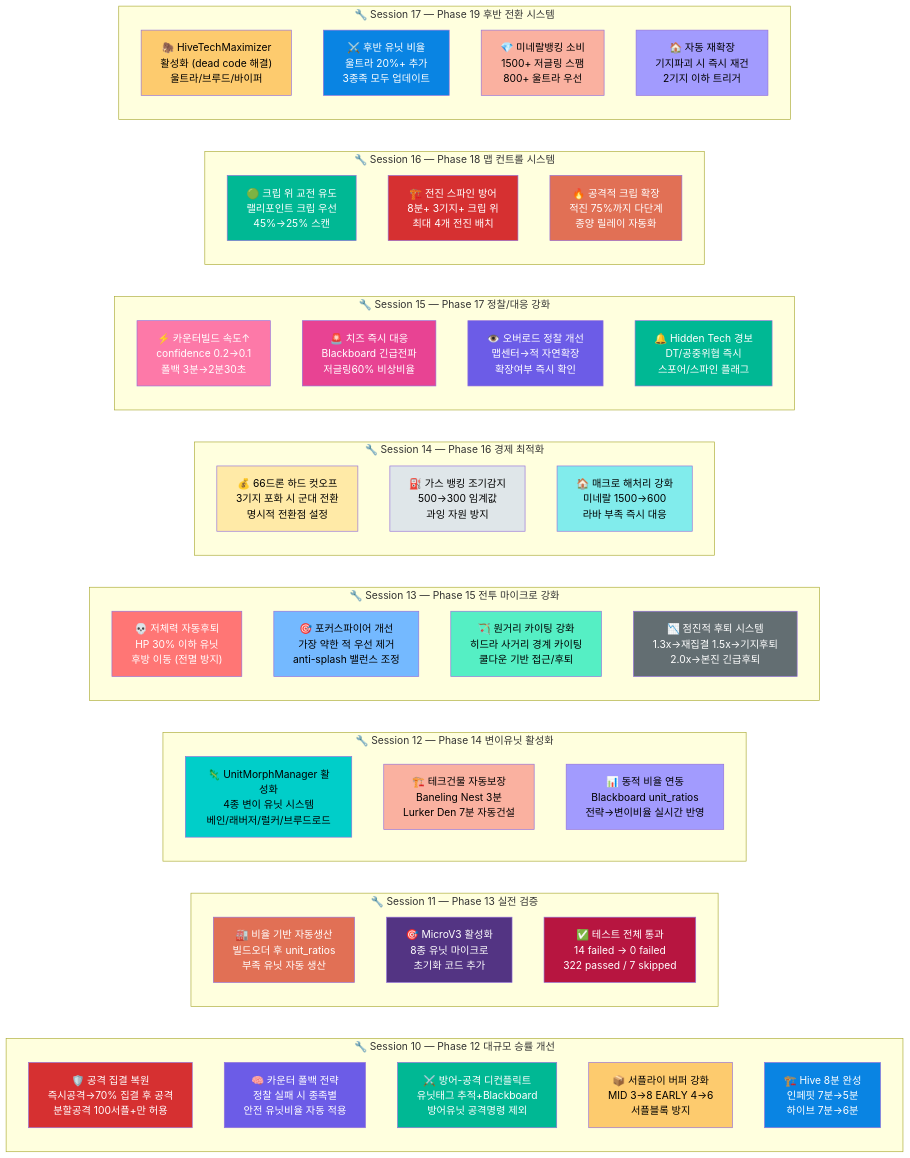
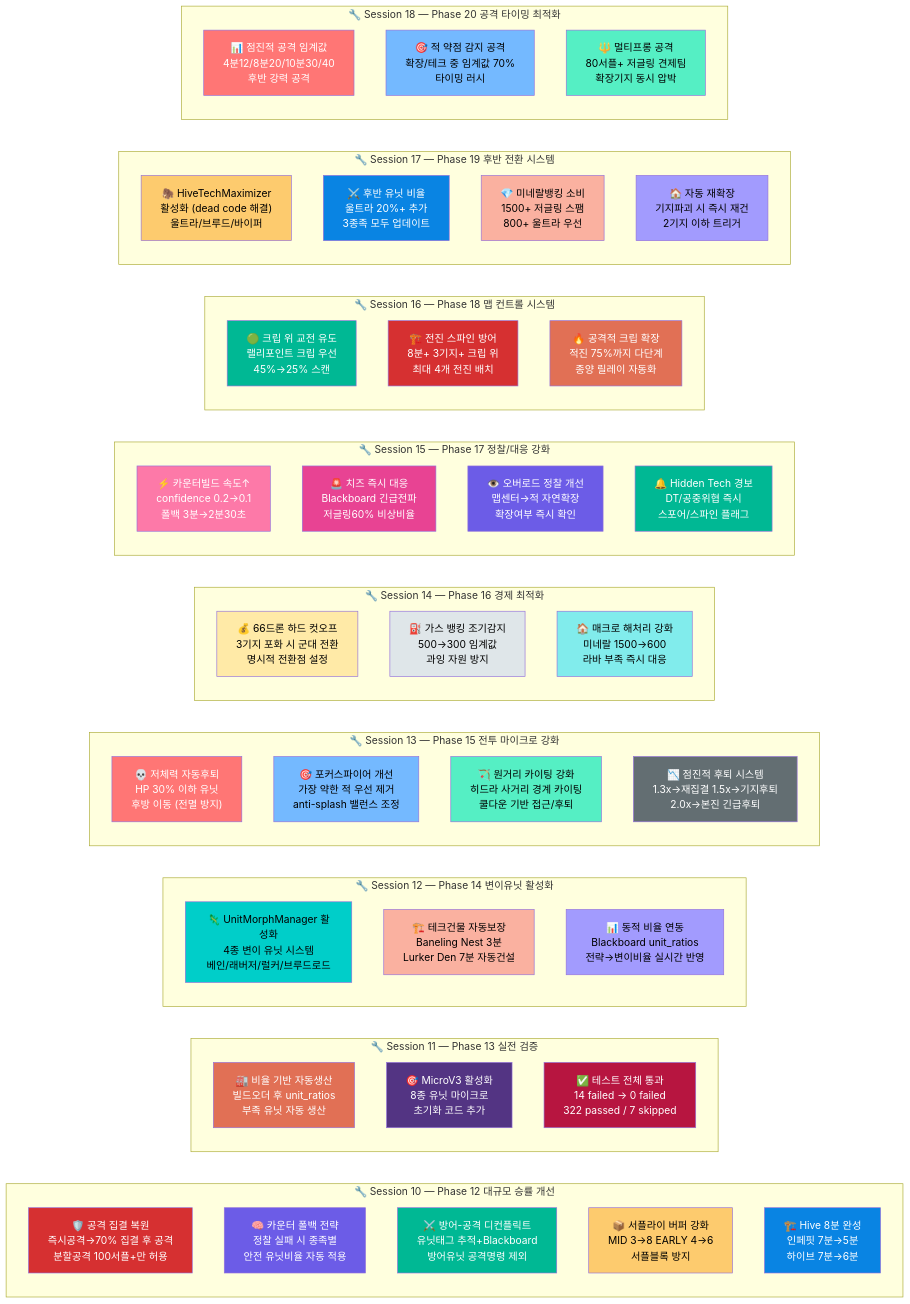
One commit to sun475300-sudo/Swarm-control-in-sc2bot changed diagram 31 of 31 in README.md. Above: the diagram before and after it, drawn with Mermaid. The commit also changed other lines of this file and 2 other files, not shown here.

Commit message:
feat: Phase 20 공격 타이밍 최적화 — 점진적 임계값 + 적약점감지 + 멀티프롱
- 서플라이 기반 점진적 공격 임계값 (12→20→30→40)
- 적 확장/테크 취약 시점 감지 → 임계값 70% 하향
- 멀티프롱 공격: 80서플+ 시 저글링 견제팀 분리
- IntelManager에 enemy_expanding/teching Blackboard 전파

````diff
--- a/README.md
+++ b/README.md
@@ -937,6 +939,13 @@
         FIX29["🏠 자동 재확장<br/>기지파괴 시 즉시 재건<br/>2기지 이하 트리거"]
     end
 
+    subgraph "🔧 Session 18 — Phase 20 공격 타이밍 최적화"
+        direction TB
+        FIX30["📊 점진적 공격 임계값<br/>4분12/8분20/10분30/40<br/>후반 강력 공격"]
+        FIX31["🎯 적 약점 감지 공격<br/>확장/테크 중 임계값 70%<br/>타이밍 러시"]
+        FIX32["🔱 멀티프롱 공격<br/>80서플+ 저글링 견제팀<br/>확장기지 동시 압박"]
+    end
+
     style FIX1 fill:#d63031,color:#fff
     style FIX2 fill:#6c5ce7,color:#fff
     style FIX3 fill:#00b894,color:#fff
@@ -966,4 +975,7 @@
     style FIX27 fill:#0984e3,color:#fff
     style FIX28 fill:#fab1a0,color:#000
     style FIX29 fill:#a29bfe,color:#000
+    style FIX30 fill:#ff7675,color:#fff
+    style FIX31 fill:#74b9ff,color:#000
+    style FIX32 fill:#55efc4,color:#000
 ```
````
